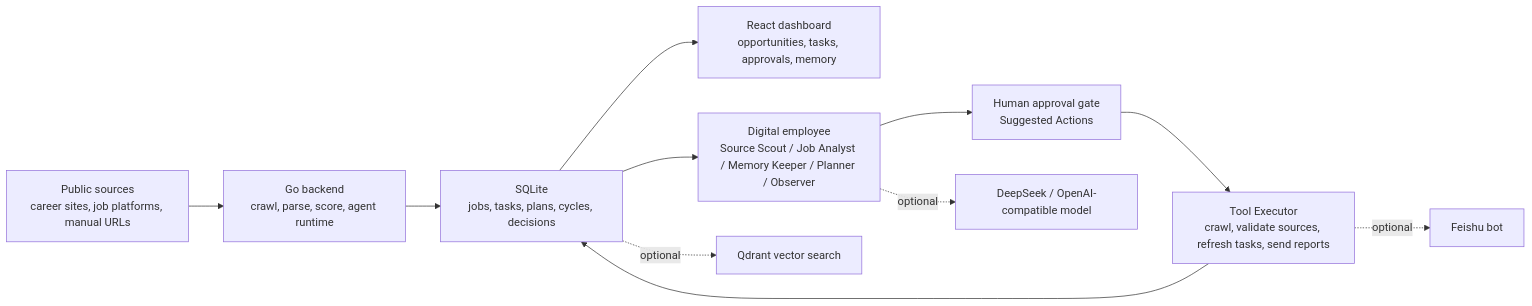
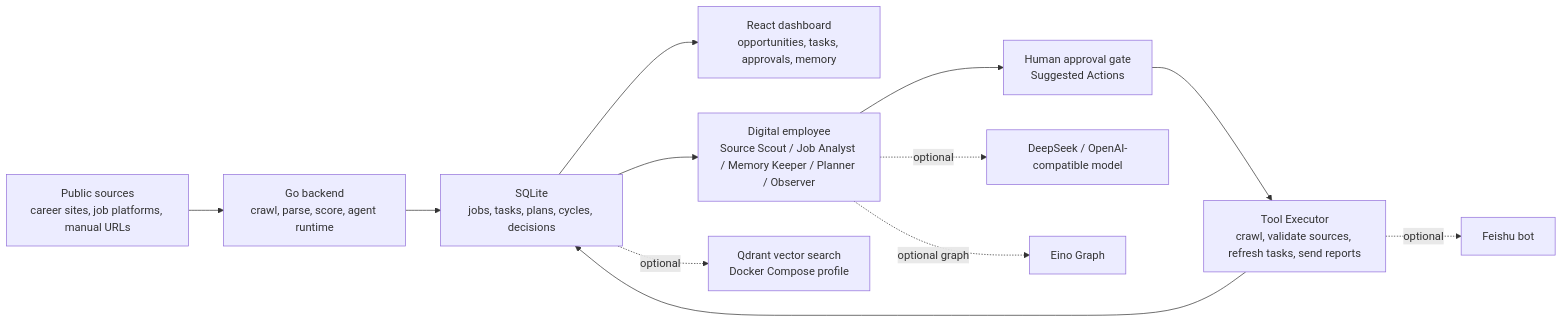
One commit to wenroudeyanhuo/Job-hunter-agent changed the diagram in README.en.md. Above: the diagram before and after it, drawn with Mermaid. The commit also changed other lines of this file and 10 other files, not shown here.

Commit message:
docs: align agent architecture with resume claims

````diff
--- a/README.en.md
+++ b/README.en.md
@@ -28,13 +28,14 @@
 ```mermaid
 flowchart LR
   Sources["Public sources<br/>career sites, job platforms, manual URLs"] --> Backend["Go backend<br/>crawl, parse, score, agent runtime"]
   Backend --> SQLite["SQLite<br/>jobs, tasks, plans, cycles, decisions"]
   SQLite --> Dashboard["React dashboard<br/>opportunities, tasks, approvals, memory"]
   SQLite --> Agent["Digital employee<br/>Source Scout / Job Analyst / Memory Keeper / Planner / Observer"]
   Agent --> Approval["Human approval gate<br/>Suggested Actions"]
   Approval --> Tools["Tool Executor<br/>crawl, validate sources, refresh tasks, send reports"]
   Tools --> SQLite
   Agent -. optional .-> Model["DeepSeek / OpenAI-compatible model"]
-  SQLite -. optional .-> Qdrant["Qdrant vector search"]
+  Agent -. optional graph .-> Eino["Eino Graph"]
+  SQLite -. optional .-> Qdrant["Qdrant vector search<br/>Docker Compose profile"]
   Tools -. optional .-> Feishu["Feishu bot"]
 ```
````
